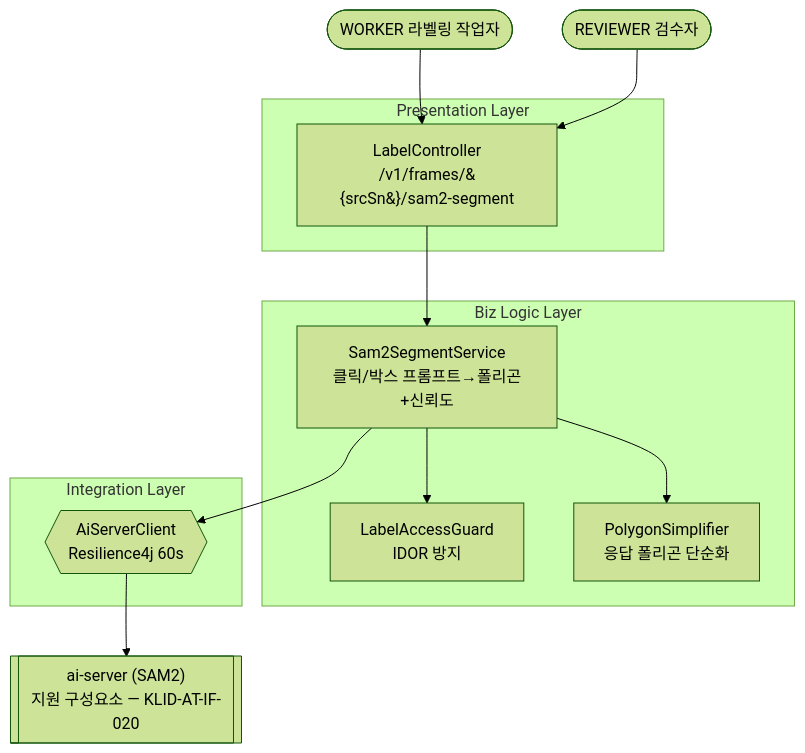
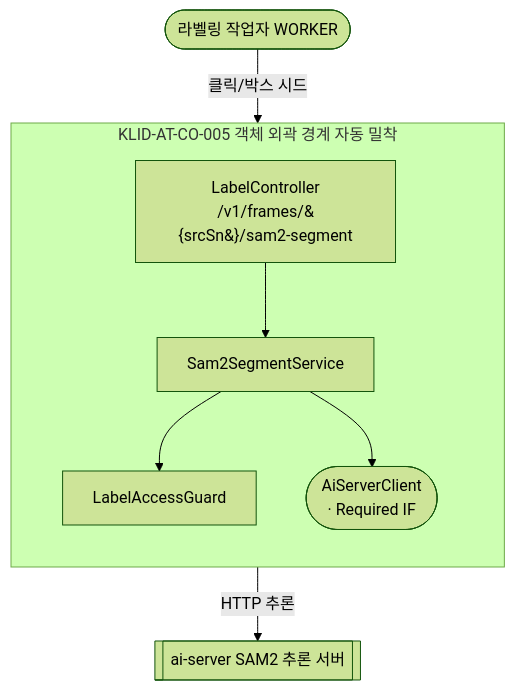
Before and after one commit to New-stella/klid-label: the fifth of 13 diagrams in docs/design/D3-컴포넌트설계서.md, drawn with Mermaid (forest theme). The commit also changed other lines of this file and 6 other files, not shown here.

````diff
--- a/docs/design/D3-컴포넌트설계서.md
+++ b/docs/design/D3-컴포넌트설계서.md
@@ -195,26 +137,17 @@
 ```mermaid
-flowchart TB
-  WORKER([WORKER 라벨링 작업자])
-  REVIEWER([REVIEWER 검수자])
-  AISVR[["ai-server (SAM2)<br/>지원 구성요소 — KLID-AT-IF-020"]]
-
-  subgraph Presentation [Presentation Layer]
-    LblCtrl[LabelController<br/>/v1/frames/&#123;srcSn&#125;/sam2-segment]
-  end
-  subgraph Biz [Biz Logic Layer]
-    Sam2Seg[Sam2SegmentService<br/>클릭/박스 프롬프트→폴리곤+신뢰도]
-    Guard[LabelAccessGuard<br/>IDOR 방지]
-    PolySimp[PolygonSimplifier<br/>응답 폴리곤 단순화]
-  end
-  subgraph Integration [Integration Layer]
-    AiClient{{AiServerClient<br/>Resilience4j 60s}}
-  end
-
-  WORKER --> LblCtrl
-  REVIEWER --> LblCtrl
-  LblCtrl --> Sam2Seg
-  Sam2Seg --> Guard
-  Sam2Seg --> PolySimp
-  Sam2Seg --> AiClient
-  AiClient --> AISVR
+flowchart TD
+    WORKER([라벨링 작업자 WORKER])
+    AISVR[[ai-server SAM2 추론 서버]]
+    subgraph CO005[KLID-AT-CO-005 객체 외곽 경계 자동 밀착]
+        direction TB
+        LC[LabelController<br/>/v1/frames/&#123;srcSn&#125;/sam2-segment]
+        SSS[Sam2SegmentService]
+        LAG[LabelAccessGuard]
+        AISC([AiServerClient<br/>· Required IF])
+        LC --> SSS
+        SSS --> LAG
+        SSS --> AISC
+    end
+    WORKER -->|클릭/박스 시드| LC
+    AISC -->|HTTP 추론| AISVR
 ```
````
